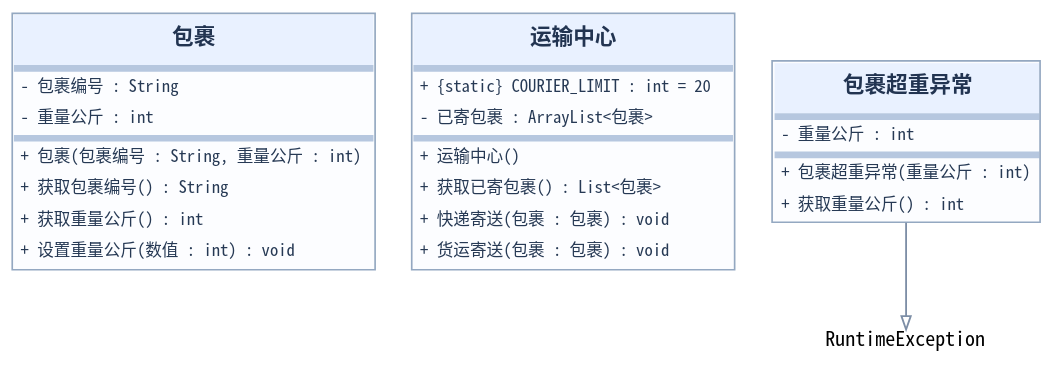
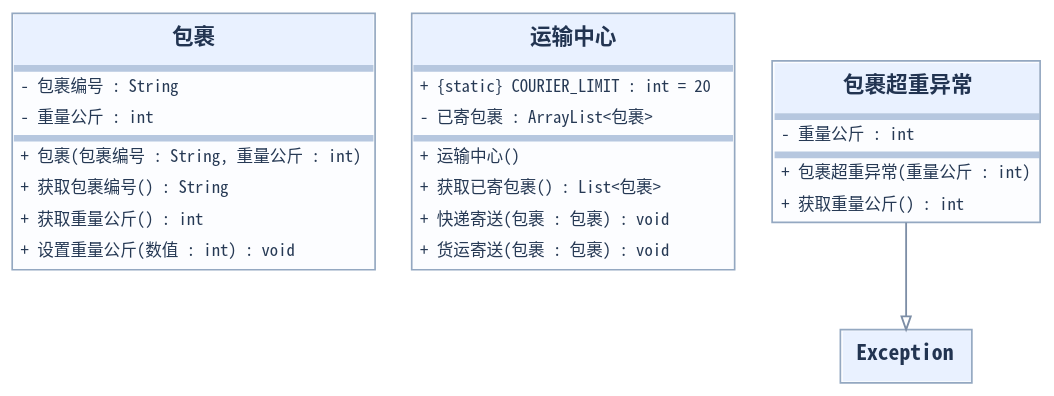
One commit to edetroll/java-oop changed the diagram in content/chapters/13-kivetelek/media/task-4-zh.dot. Above: the diagram before and after it, drawn with Graphviz. The commit also changed 44 other files, not shown here.

```diff
--- a/content/chapters/13-kivetelek/media/task-4-zh.dot
+++ b/content/chapters/13-kivetelek/media/task-4-zh.dot
@@ -1,10 +1,10 @@
 digraph UML {
 graph [rankdir=TB, bgcolor="transparent", nodesep="0.30", ranksep="0.50", pad="0.12", splines=polyline];
 node [shape=plain];
 edge [color="#7d8ea6", penwidth=1.1, arrowsize=0.8];
 "包裹" [label=<<TABLE BORDER="1" COLOR="#94a8c1" CELLBORDER="0" CELLSPACING="0" BGCOLOR="#fcfdff"><TR><TD ALIGN="CENTER" CELLPADDING="8" BGCOLOR="#e9f1ff"><FONT FACE="Noto Sans Mono CJK SC" POINT-SIZE="13" COLOR="#223451"><B>包裹</B></FONT></TD></TR><TR><TD BGCOLOR="#b6c7df" HEIGHT="2"></TD></TR><TR><TD ALIGN="LEFT" CELLPADDING="4"><FONT FACE="Noto Sans Mono CJK SC" POINT-SIZE="10" COLOR="#263954">- 包裹编号 : String</FONT></TD></TR><TR><TD ALIGN="LEFT" CELLPADDING="4"><FONT FACE="Noto Sans Mono CJK SC" POINT-SIZE="10" COLOR="#263954">- 重量公斤 : int</FONT></TD></TR><TR><TD BGCOLOR="#b6c7df" HEIGHT="2"></TD></TR><TR><TD ALIGN="LEFT" CELLPADDING="4"><FONT FACE="Noto Sans Mono CJK SC" POINT-SIZE="10" COLOR="#263954">+ 包裹(包裹编号 : String, 重量公斤 : int)</FONT></TD></TR><TR><TD ALIGN="LEFT" CELLPADDING="4"><FONT FACE="Noto Sans Mono CJK SC" POINT-SIZE="10" COLOR="#263954">+ 获取包裹编号() : String</FONT></TD></TR><TR><TD ALIGN="LEFT" CELLPADDING="4"><FONT FACE="Noto Sans Mono CJK SC" POINT-SIZE="10" COLOR="#263954">+ 获取重量公斤() : int</FONT></TD></TR><TR><TD ALIGN="LEFT" CELLPADDING="4"><FONT FACE="Noto Sans Mono CJK SC" POINT-SIZE="10" COLOR="#263954">+ 设置重量公斤(数值 : int) : void</FONT></TD></TR></TABLE>>];
 "运输中心" [label=<<TABLE BORDER="1" COLOR="#94a8c1" CELLBORDER="0" CELLSPACING="0" BGCOLOR="#fcfdff"><TR><TD ALIGN="CENTER" CELLPADDING="8" BGCOLOR="#e9f1ff"><FONT FACE="Noto Sans Mono CJK SC" POINT-SIZE="13" COLOR="#223451"><B>运输中心</B></FONT></TD></TR><TR><TD BGCOLOR="#b6c7df" HEIGHT="2"></TD></TR><TR><TD ALIGN="LEFT" CELLPADDING="4"><FONT FACE="Noto Sans Mono CJK SC" POINT-SIZE="10" COLOR="#263954">+ {static} COURIER_LIMIT : int = 20</FONT></TD></TR><TR><TD ALIGN="LEFT" CELLPADDING="4"><FONT FACE="Noto Sans Mono CJK SC" POINT-SIZE="10" COLOR="#263954">- 已寄包裹 : ArrayList&lt;包裹&gt;</FONT></TD></TR><TR><TD BGCOLOR="#b6c7df" HEIGHT="2"></TD></TR><TR><TD ALIGN="LEFT" CELLPADDING="4"><FONT FACE="Noto Sans Mono CJK SC" POINT-SIZE="10" COLOR="#263954">+ 运输中心()</FONT></TD></TR><TR><TD ALIGN="LEFT" CELLPADDING="4"><FONT FACE="Noto Sans Mono CJK SC" POINT-SIZE="10" COLOR="#263954">+ 获取已寄包裹() : List&lt;包裹&gt;</FONT></TD></TR><TR><TD ALIGN="LEFT" CELLPADDING="4"><FONT FACE="Noto Sans Mono CJK SC" POINT-SIZE="10" COLOR="#263954">+ 快递寄送(包裹 : 包裹) : void</FONT></TD></TR><TR><TD ALIGN="LEFT" CELLPADDING="4"><FONT FACE="Noto Sans Mono CJK SC" POINT-SIZE="10" COLOR="#263954">+ 货运寄送(包裹 : 包裹) : void</FONT></TD></TR></TABLE>>];
 "包裹超重异常" [label=<<TABLE BORDER="1" COLOR="#94a8c1" CELLBORDER="0" CELLSPACING="0" BGCOLOR="#fcfdff"><TR><TD ALIGN="CENTER" CELLPADDING="8" BGCOLOR="#e9f1ff"><FONT FACE="Noto Sans Mono CJK SC" POINT-SIZE="13" COLOR="#223451"><B>包裹超重异常</B></FONT></TD></TR><TR><TD BGCOLOR="#b6c7df" HEIGHT="2"></TD></TR><TR><TD ALIGN="LEFT" CELLPADDING="4"><FONT FACE="Noto Sans Mono CJK SC" POINT-SIZE="10" COLOR="#263954">- 重量公斤 : int</FONT></TD></TR><TR><TD BGCOLOR="#b6c7df" HEIGHT="2"></TD></TR><TR><TD ALIGN="LEFT" CELLPADDING="4"><FONT FACE="Noto Sans Mono CJK SC" POINT-SIZE="10" COLOR="#263954">+ 包裹超重异常(重量公斤 : int)</FONT></TD></TR><TR><TD ALIGN="LEFT" CELLPADDING="4"><FONT FACE="Noto Sans Mono CJK SC" POINT-SIZE="10" COLOR="#263954">+ 获取重量公斤() : int</FONT></TD></TR></TABLE>>];
-"RuntimeException" [shape=plain, label=<<FONT FACE="Noto Sans Mono CJK SC" POINT-SIZE="12">RuntimeException</FONT>>];
-"包裹超重异常" -> "RuntimeException" [arrowhead="empty"];
+"Exception" [label=<<TABLE BORDER="1" COLOR="#94a8c1" CELLBORDER="0" CELLSPACING="0" BGCOLOR="#fcfdff"><TR><TD ALIGN="CENTER" CELLPADDING="8" BGCOLOR="#e9f1ff"><FONT FACE="Noto Sans Mono CJK SC" POINT-SIZE="13" COLOR="#223451"><B>Exception</B></FONT></TD></TR></TABLE>>];
+"包裹超重异常" -> "Exception" [arrowhead="empty"];
 }
```
